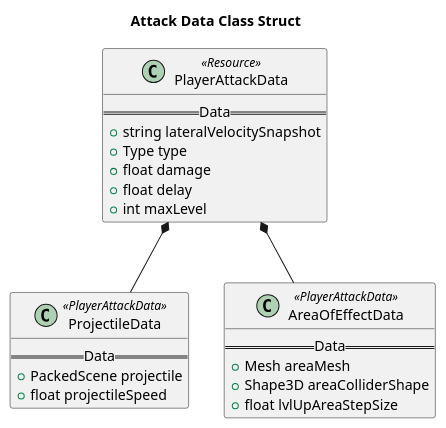
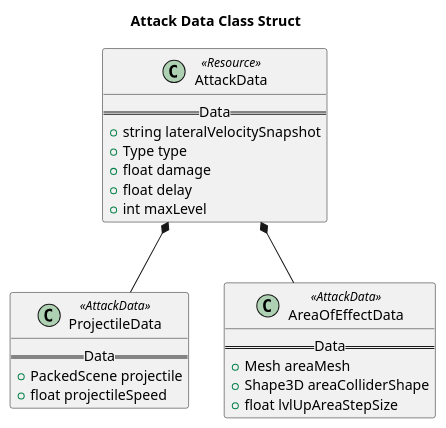
The diagram in UML-Diagrams/src/Attack_Data_Class_Struct.puml (kjtkanaly/Roguelike-Shoot-Em-Up), drawn with PlantUML before and after one commit. The commit also changed 3 other files, not shown here.

Commit message:
Changed the PlayerAttackData to AttackData

```diff
--- a/UML-Diagrams/src/Attack_Data_Class_Struct.puml
+++ b/UML-Diagrams/src/Attack_Data_Class_Struct.puml
@@ -1,30 +1,30 @@
 @startuml Attack Data Class Struct
 
 title Attack Data Class Struct
 
-class PlayerAttackData <<Resource>>{
+class AttackData <<Resource>>{
     == Data ==
     + string lateralVelocitySnapshot
     + Type type
     + float damage
     + float delay
     + int maxLevel
 }
 
-class ProjectileData <<PlayerAttackData>> {
+class ProjectileData <<AttackData>> {
     == Data ==
     + PackedScene projectile
     + float projectileSpeed
 }
 
-class AreaOfEffectData <<PlayerAttackData>> {
+class AreaOfEffectData <<AttackData>> {
     == Data ==
     + Mesh areaMesh
     + Shape3D areaColliderShape
     + float lvlUpAreaStepSize
 }
 
-PlayerAttackData *-- ProjectileData
-PlayerAttackData *-- AreaOfEffectData
+AttackData *-- ProjectileData
+AttackData *-- AreaOfEffectData
 
 @enduml
```
